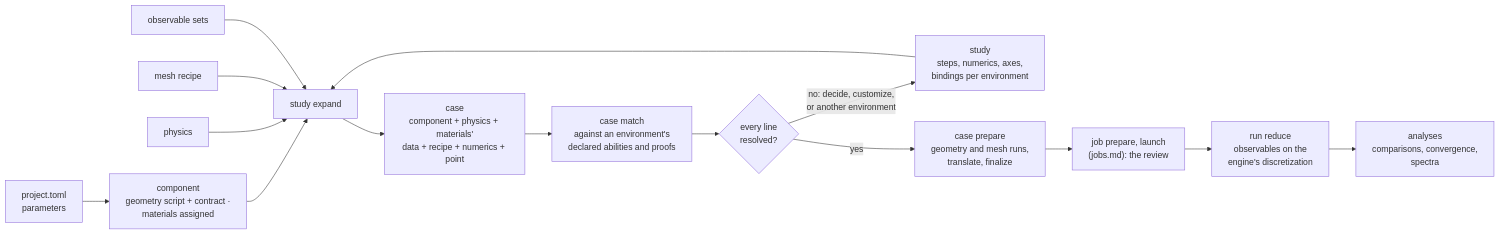
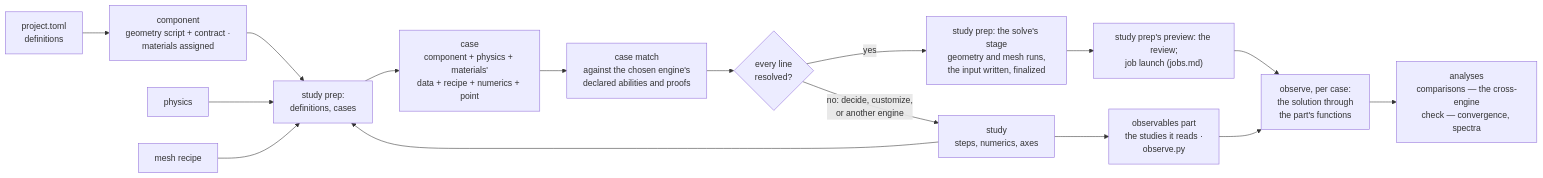
One commit to Qing-LAB/femkit changed the first of 2 diagrams in docs/contracts/models.md. Above: the diagram before and after it, drawn with Mermaid. The commit also changed other lines of this file and 512 other files, not shown here.

````diff
--- a/docs/contracts/models.md
+++ b/docs/contracts/models.md
@@ -49,17 +60,18 @@
 ```mermaid
 flowchart LR
-    P["project.toml<br/>parameters"] --> C
+    P["project.toml<br/>definitions"] --> C
     C["component<br/>geometry script + contract ·<br/>materials assigned"] --> X
     PH["physics"] --> X
     MR["mesh recipe"] --> X
-    OB["observable sets"] --> X
-    S["study<br/>steps, numerics, axes,<br/>bindings per environment"] --> X["study expand"]
+    S["study<br/>steps, numerics, axes"] --> X["study prep:<br/>definitions, cases"]
     X --> K["case<br/>component + physics + materials'<br/>data + recipe + numerics + point"]
-    K --> F["case match<br/>against an environment's<br/>declared abilities and proofs"]
+    K --> F["case match<br/>against the chosen engine's<br/>declared abilities and proofs"]
     F --> R{"every line<br/>resolved?"}
-    R -->|"no: decide, customize,<br/>or another environment"| S
-    R -->|yes| Q["case prepare<br/>geometry and mesh runs,<br/>translate, finalize"]
-    Q --> J["job prepare, launch<br/>(jobs.md): the review"]
-    J --> E["run reduce<br/>observables on the<br/>engine's discretization"]
-    E --> A["analyses<br/>comparisons, convergence,<br/>spectra"]
+    R -->|"no: decide, customize,<br/>or another engine"| S
+    R -->|yes| Q["study prep: the solve's stage<br/>geometry and mesh runs,<br/>the input written, finalized"]
+    Q --> J["study prep's preview: the review;<br/>job launch (jobs.md)"]
+    S --> OB["observables part<br/>the studies it reads ·<br/>observe.py"]
+    J --> E["observe, per case:<br/>the solution through<br/>the part's functions"]
+    OB --> E
+    E --> A["analyses<br/>comparisons — the cross-engine<br/>check — convergence, spectra"]
 ```
````
